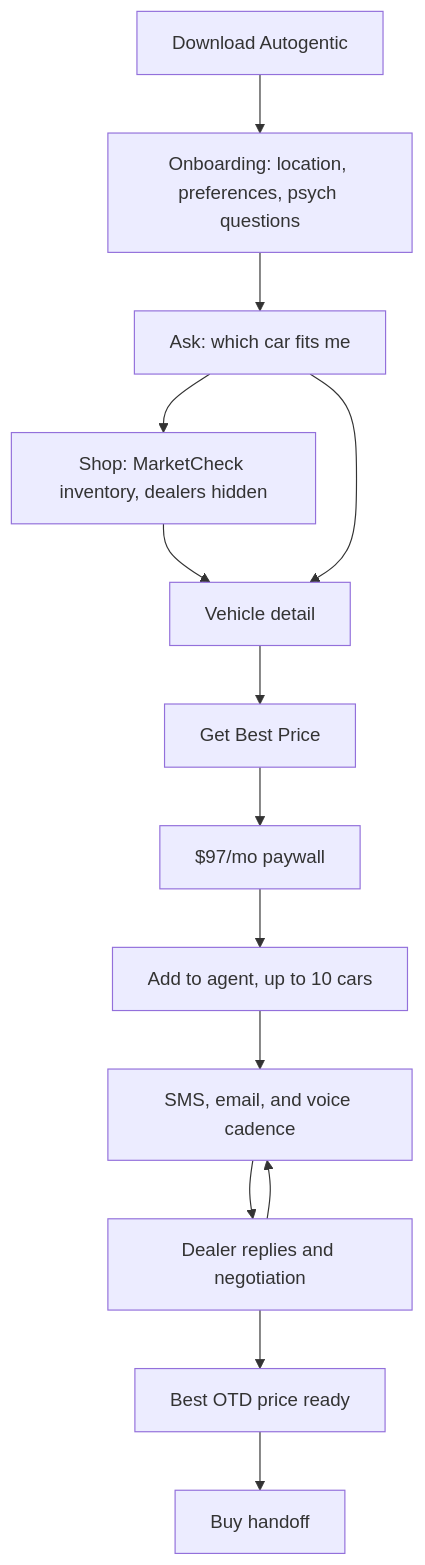
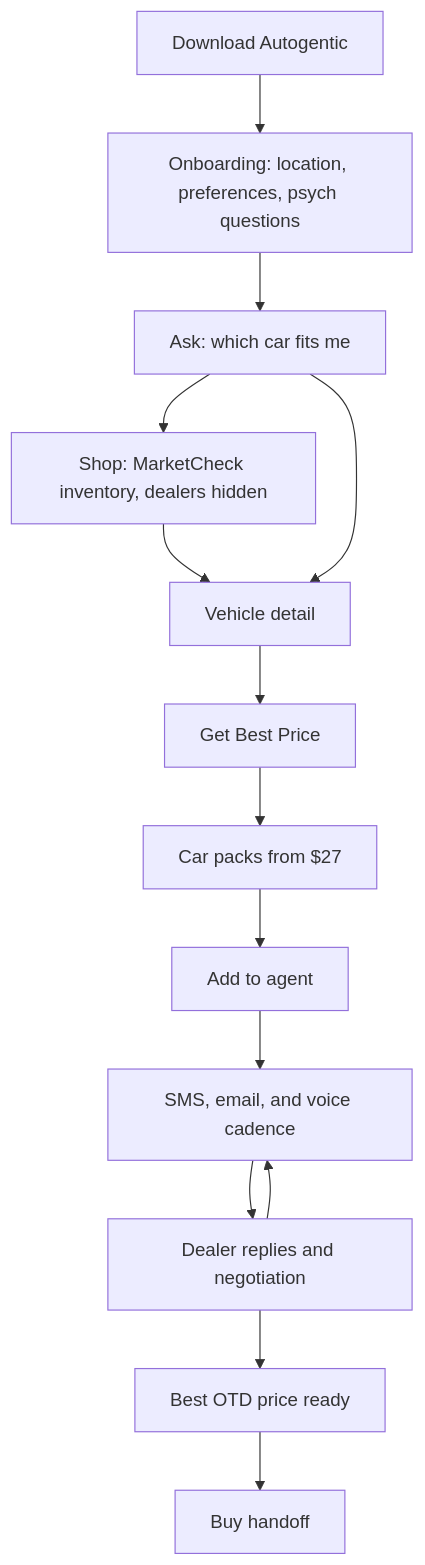
The diagram in docs/drevvy/USER_JOURNEY.md (wilsonpartyof5/autoagent), drawn with Mermaid before and after one commit. The commit also changed other lines of this file and 27 other files, not shown here.

````diff
--- a/docs/drevvy/USER_JOURNEY.md
+++ b/docs/drevvy/USER_JOURNEY.md
@@ -7,19 +7,19 @@
 ```mermaid
 flowchart TD
   download[Download Autogentic]
   onboard[Onboarding: location, preferences, psych questions]
   ask[Ask: which car fits me]
   shop[Shop: MarketCheck inventory, dealers hidden]
   vdp[Vehicle detail]
   best[Get Best Price]
-  paywall["$97/mo paywall"]
-  add[Add to agent, up to 10 cars]
+  paywall["Car packs from $27"]
+  add[Add to agent]
   outreach[SMS, email, and voice cadence]
   replies[Dealer replies and negotiation]
   ready[Best OTD price ready]
   handoff[Buy handoff]
 
   download --> onboard --> ask --> shop --> vdp --> best --> paywall --> add --> outreach --> replies --> ready --> handoff
   ask --> vdp
   replies --> outreach
 ```
````
